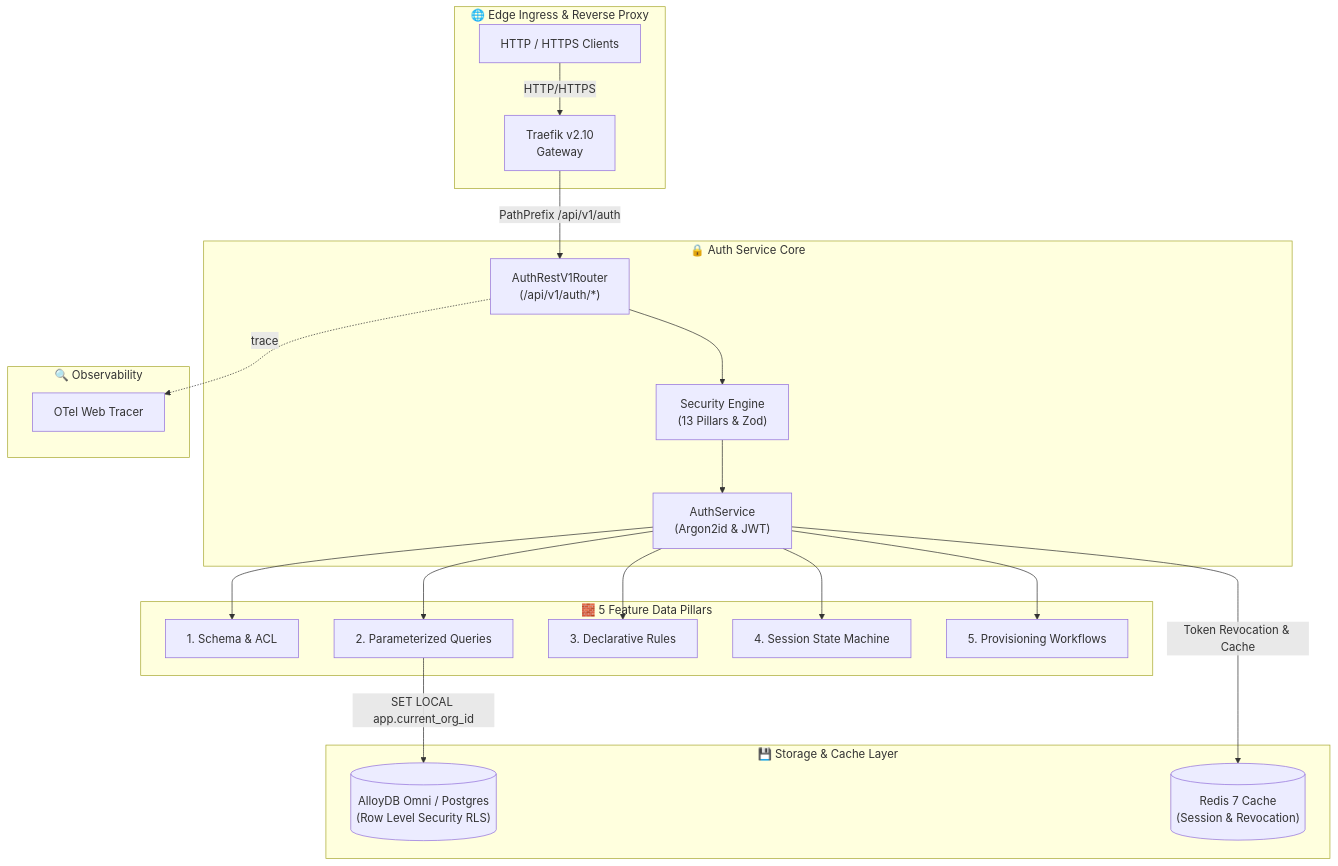
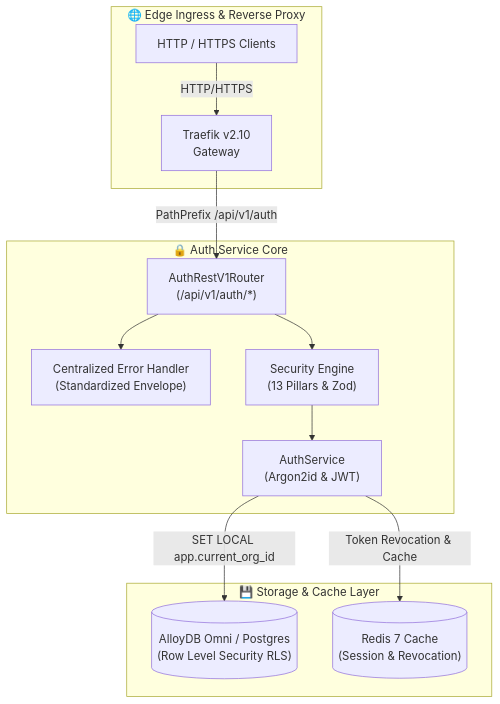
Before and after one commit to Chief-Strategist-J/llm-observability-platform: the diagram in packages/node/auth/README.md, drawn with Mermaid. The commit also changed other lines of this file and 13 other files, not shown here.

First line of the commit message:
feat(auth): add live database connection pool (RealPostgresAuthAdapter), standardized response envelopes, and centralized error handling

````diff
--- a/packages/node/auth/README.md
+++ b/packages/node/auth/README.md
@@ -61,43 +95,27 @@
 ```mermaid
 flowchart TD
     subgraph Edge["🌐 Edge Ingress & Reverse Proxy"]
         Client[HTTP / HTTPS Clients]
         Traefik["Traefik v2.10\nGateway"]
     end
 
     subgraph AuthEngine["🔒 Auth Service Core"]
         Router["AuthRestV1Router\n(/api/v1/auth/*)"]
+        ErrHandler["Centralized Error Handler\n(Standardized Envelope)"]
         SecEngine["Security Engine\n(13 Pillars & Zod)"]
         Service["AuthService\n(Argon2id & JWT)"]
-    end
-
-    subgraph DataPillars["🧱 5 Feature Data Pillars"]
-        Schema["1. Schema & ACL"]
-        Queries["2. Parameterized Queries"]
-        Rules["3. Declarative Rules"]
-        Machines["4. Session State Machine"]
-        Workflows["5. Provisioning Workflows"]
     end
 
     subgraph Persistence["💾 Storage & Cache Layer"]
         AlloyDB[("AlloyDB Omni / Postgres\n(Row Level Security RLS)")]
         Redis[("Redis 7 Cache\n(Session & Revocation)")]
     end
 
-    subgraph Tracing["🔍 Observability"]
-        OTel["OTel Web Tracer"]
-    end
-
     Client -->|HTTP/HTTPS| Traefik
     Traefik -->|PathPrefix /api/v1/auth| Router
+    Router --> ErrHandler
     Router --> SecEngine
     SecEngine --> Service
-    Service --> Schema
-    Service --> Queries
-    Service --> Rules
-    Service --> Machines
-    Service --> Workflows
-    Queries -->|SET LOCAL app.current_org_id| AlloyDB
+    Service -->|SET LOCAL app.current_org_id| AlloyDB
     Service -->|Token Revocation & Cache| Redis
-    Router -.trace.-> OTel
 ```
````
